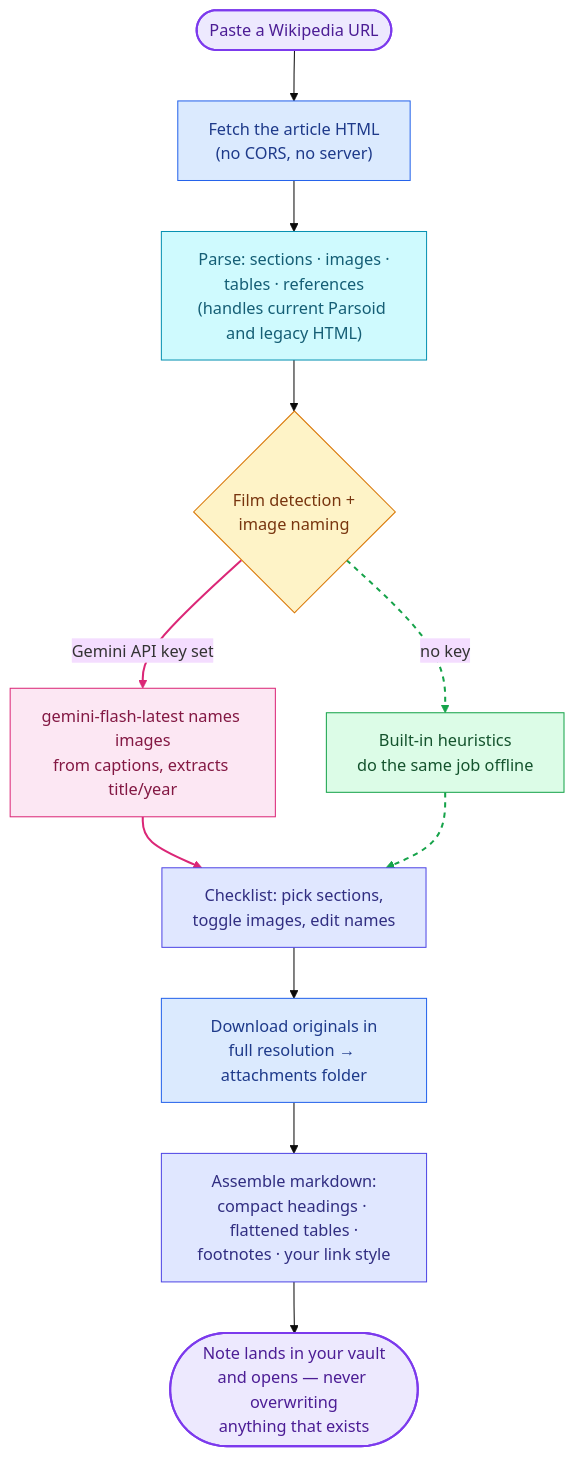
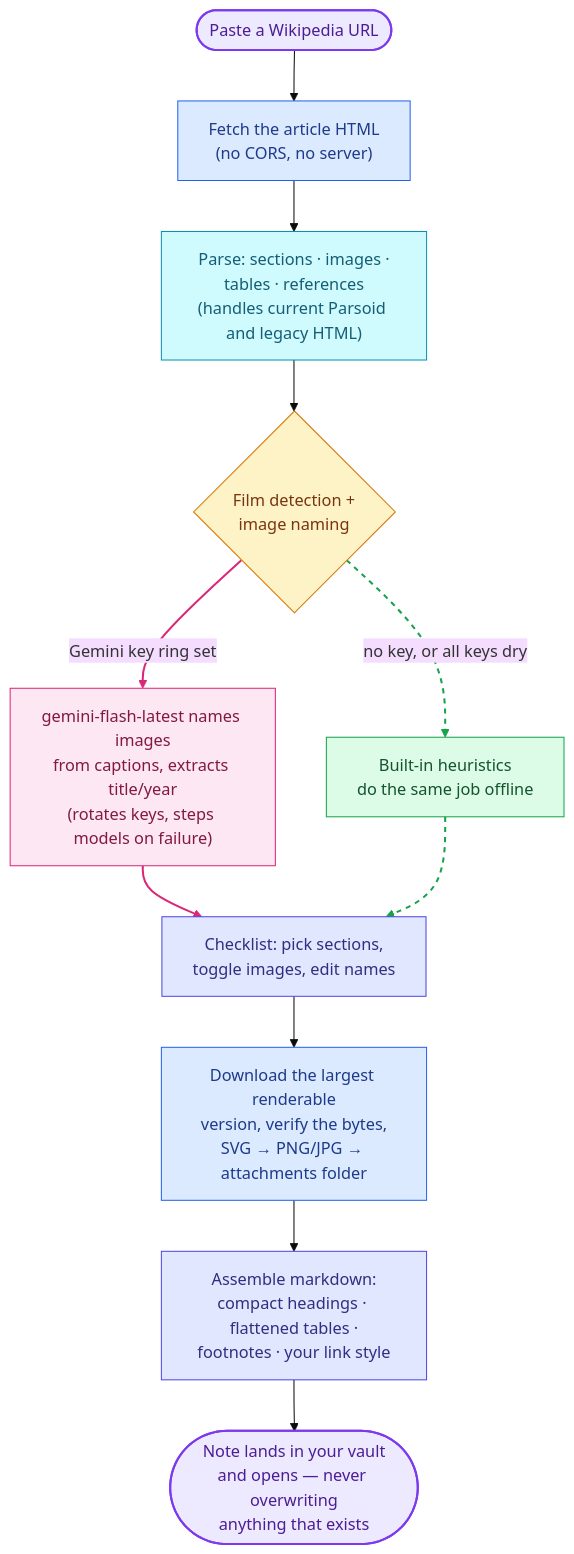
The first of 2 diagrams in README.md (DyllonWright/Wikipedia-To-Obsidian-Markdown), drawn with Mermaid (base theme) before and after one commit. The commit also changed other lines of this file and 32 other files, not shown here.

````diff
--- a/README.md
+++ b/README.md
@@ -21,33 +21,33 @@
 ```mermaid
 %%{init: {'flowchart': {'curve': 'basis'}}}%%
 flowchart TD
     U(["Paste a Wikipedia URL"]) --> F["Fetch the article HTML<br/>(no CORS, no server)"]
     F --> P["Parse: sections · images ·<br/>tables · references<br/>(handles current Parsoid and legacy HTML)"]
     P --> D{"Film detection +<br/>image naming"}
-    D -->|Gemini API key set| G["gemini-flash-latest names images<br/>from captions, extracts title/year"]
-    D -->|no key| H["Built-in heuristics<br/>do the same job offline"]
+    D -->|Gemini key ring set| G["gemini-flash-latest names images<br/>from captions, extracts title/year<br/>(rotates keys, steps models on failure)"]
+    D -->|no key, or all keys dry| H["Built-in heuristics<br/>do the same job offline"]
     G --> C["Checklist: pick sections,<br/>toggle images, edit names"]
     H --> C
-    C --> I["Download originals in<br/>full resolution → attachments folder"]
+    C --> I["Download the largest renderable<br/>version, verify the bytes,<br/>SVG → PNG/JPG → attachments folder"]
     I --> M["Assemble markdown:<br/>compact headings · flattened tables ·<br/>footnotes · your link style"]
     M --> N(["Note lands in your vault<br/>and opens — never overwriting<br/>anything that exists"])
 
     classDef terminal fill:#ede9fe,stroke:#7c3aed,color:#4c1d95,stroke-width:2px;
     classDef io fill:#dbeafe,stroke:#2563eb,color:#1e3a8a,stroke-width:1px;
     classDef parse fill:#cffafe,stroke:#0891b2,color:#155e75,stroke-width:1px;
     classDef decision fill:#fef3c7,stroke:#d97706,color:#78350f,stroke-width:1px;
     classDef ai fill:#fce7f3,stroke:#db2777,color:#831843,stroke-width:1px;
     classDef offline fill:#dcfce7,stroke:#16a34a,color:#14532d,stroke-width:1px;
     classDef assemble fill:#e0e7ff,stroke:#4f46e5,color:#312e81,stroke-width:1px;
 
     class U,N terminal;
     class F,I io;
     class P parse;
     class D decision;
     class G ai;
     class H offline;
     class C,M assemble;
 
     linkStyle 3,5 stroke:#db2777,stroke-width:2px;
     linkStyle 4,6 stroke:#16a34a,stroke-width:2px,stroke-dasharray:5 5;
 ```
````
